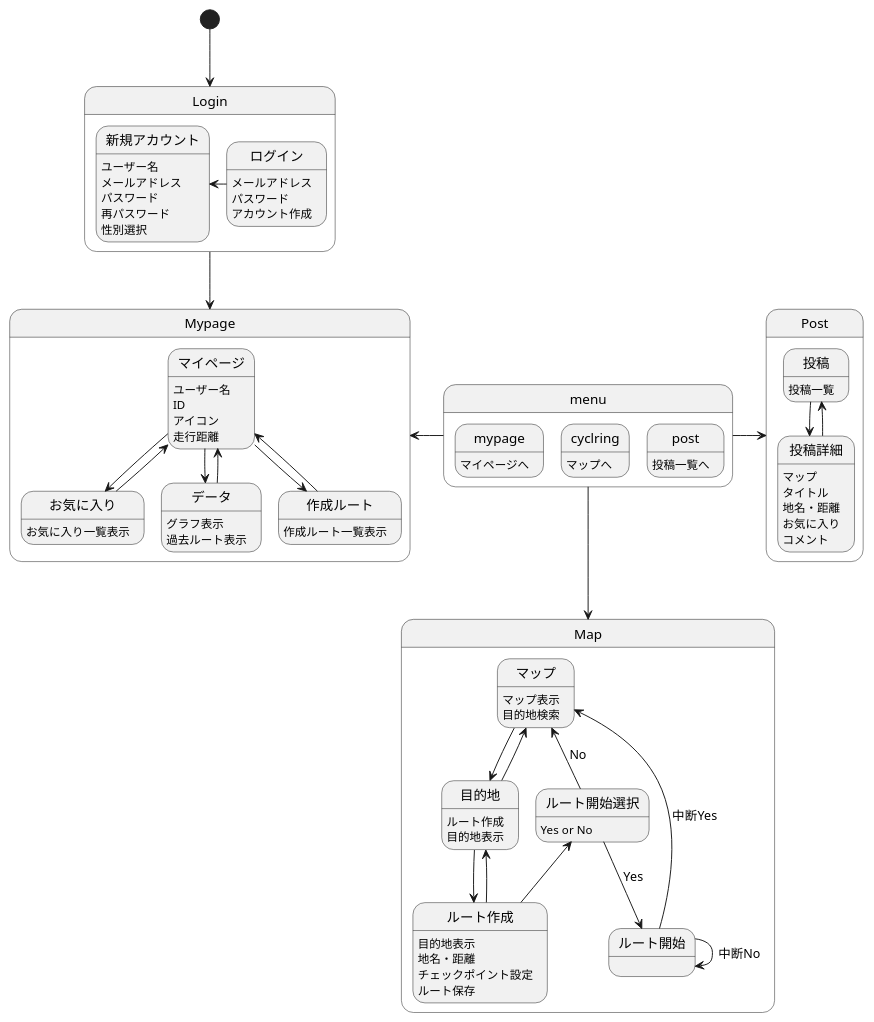
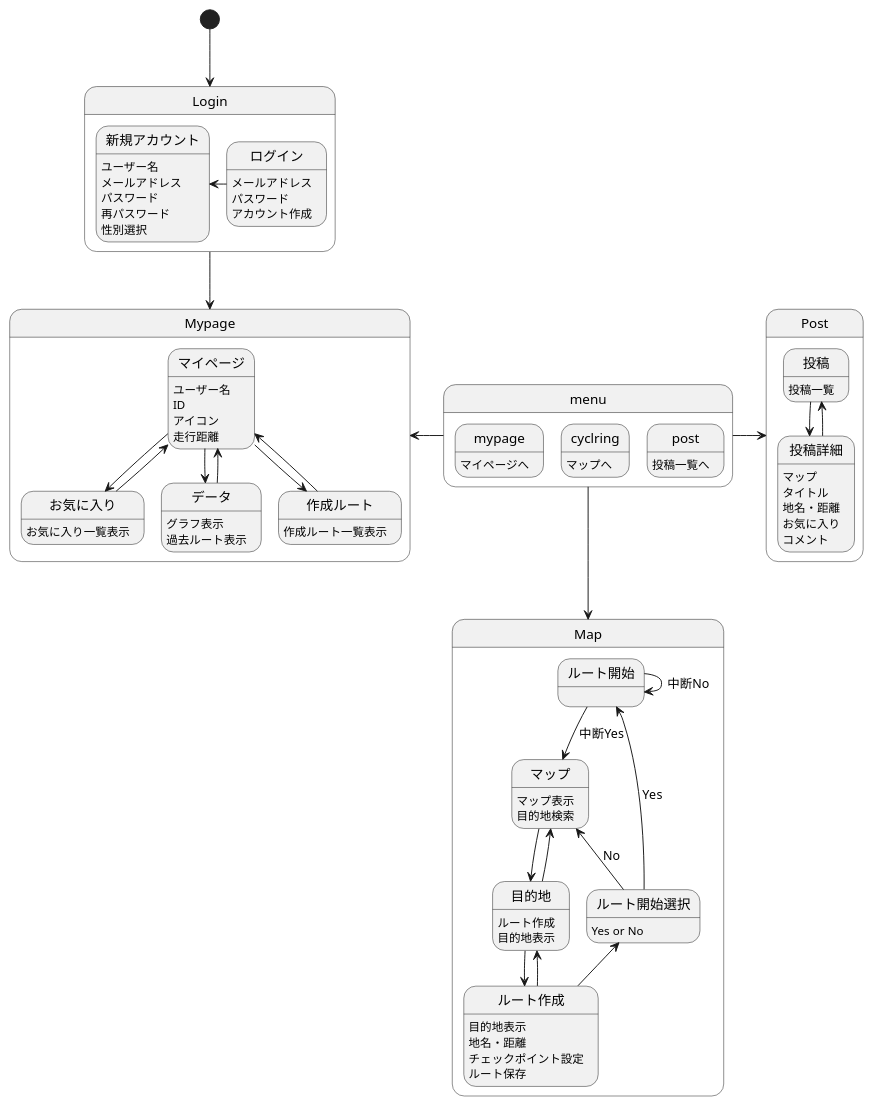
Before and after one commit to AsoSD3A3/CyclingSystem: the diagram in 画面遷移図/gm.md, drawn with PlantUML.

```diff
--- a/画面遷移図/gm.md
+++ b/画面遷移図/gm.md
@@ -62,7 +62,7 @@
 ルート作成:ルート保存
 ルート作成-left->ルート開始選択
 ルート開始選択:Yes or No
-ルート開始選択-->ルート開始 :Yes
+ルート開始選択-up->ルート開始 :Yes
 ルート開始選択-up->マップ :No
 ルート開始-->ルート開始 :中断No
 ルート開始-->マップ :中断Yes
```
